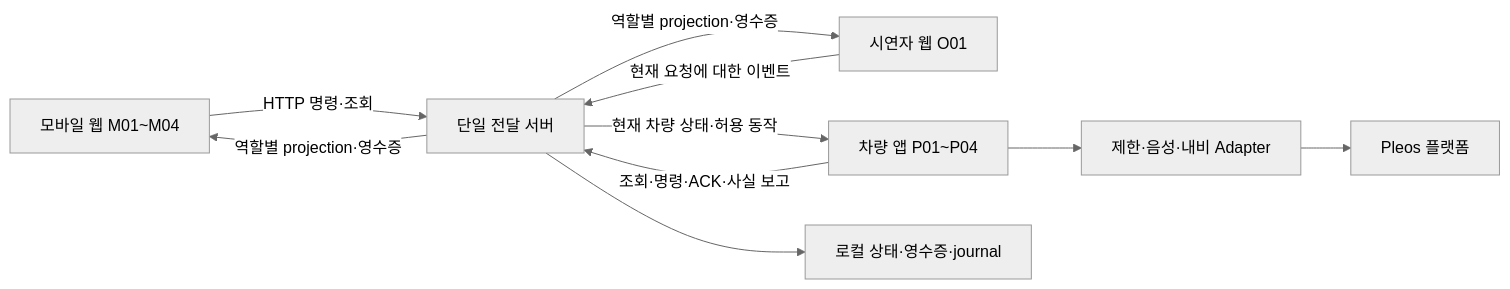
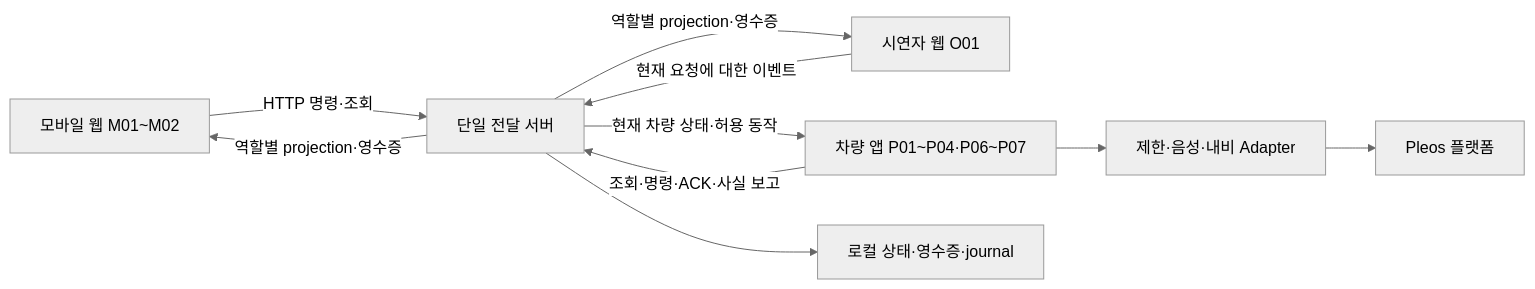
The diagram in docs/06_개발_아키텍처_및_분담_가이드.md (ho72/wayMate), drawn with Mermaid (neutral theme) before and after one commit. The commit also changed other lines of this file and 81 other files, not shown here.

````diff
--- a/docs/06_개발_아키텍처_및_분담_가이드.md
+++ b/docs/06_개발_아키텍처_및_분담_가이드.md
@@ -26,12 +26,12 @@
 ```mermaid
 flowchart LR
-    M[모바일 웹 M01~M04] -->|HTTP 명령·조회| S[단일 전달 서버]
+    M[모바일 웹 M01~M02] -->|HTTP 명령·조회| S[단일 전달 서버]
     O[시연자 웹 O01] -->|현재 요청에 대한 이벤트| S
     S -->|역할별 projection·영수증| M
     S -->|역할별 projection·영수증| O
-    C[차량 앱 P01~P04] -->|조회·명령·ACK·사실 보고| S
+    C[차량 앱 P01~P04·P06~P07] -->|조회·명령·ACK·사실 보고| S
     S -->|현재 차량 상태·허용 동작| C
     S --> R[로컬 상태·영수증·journal]
     C --> P[제한·음성·내비 Adapter]
     P --> V[Pleos 플랫폼]
 ```
````
